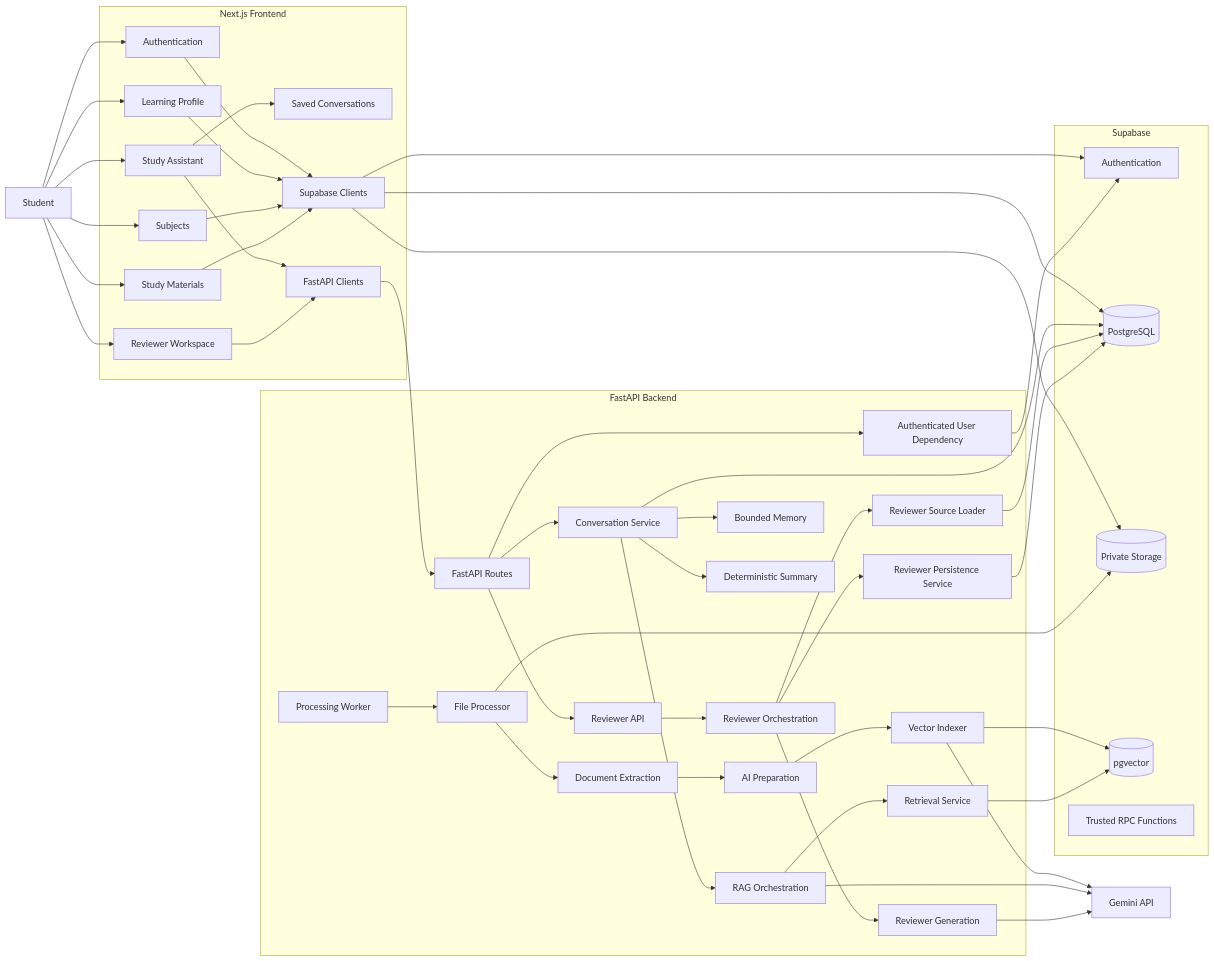
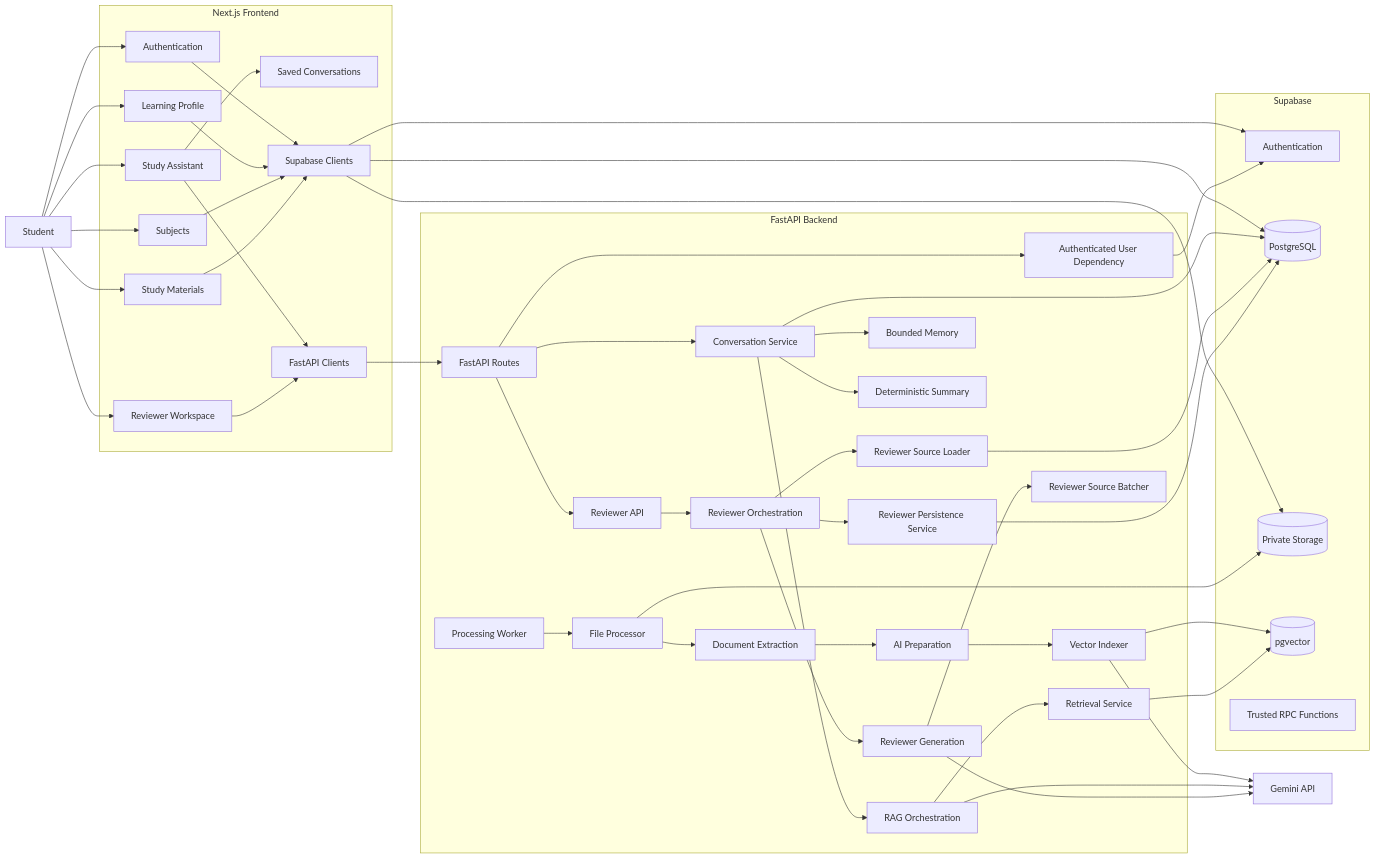
Before and after one commit to jianna-acc/stsp-capstone: the first of 17 diagrams in docs/ARCHITECTURE.md, drawn with Mermaid. The commit also changed other lines of this file and 8 other files, not shown here.

Commit message:
feat: add large-material reviewer generation

````diff
--- a/docs/ARCHITECTURE.md
+++ b/docs/ARCHITECTURE.md
@@ -94,6 +100,7 @@
         REVIEWER_ORCHESTRATION["Reviewer Orchestration"]
         REVIEWER_SOURCE["Reviewer Source Loader"]
         REVIEWER_GENERATION["Reviewer Generation"]
+        REVIEWER_BATCHER["Reviewer Source Batcher"]
         REVIEWER_SERVICE["Reviewer Persistence Service"]
     end
 
@@ -157,6 +164,7 @@
     REVIEWER_ORCHESTRATION --> REVIEWER_SERVICE
 
     REVIEWER_SOURCE --> DATABASE
+    REVIEWER_GENERATION --> REVIEWER_BATCHER
     REVIEWER_GENERATION --> GEMINI
     REVIEWER_SERVICE --> DATABASE
 ```
````
